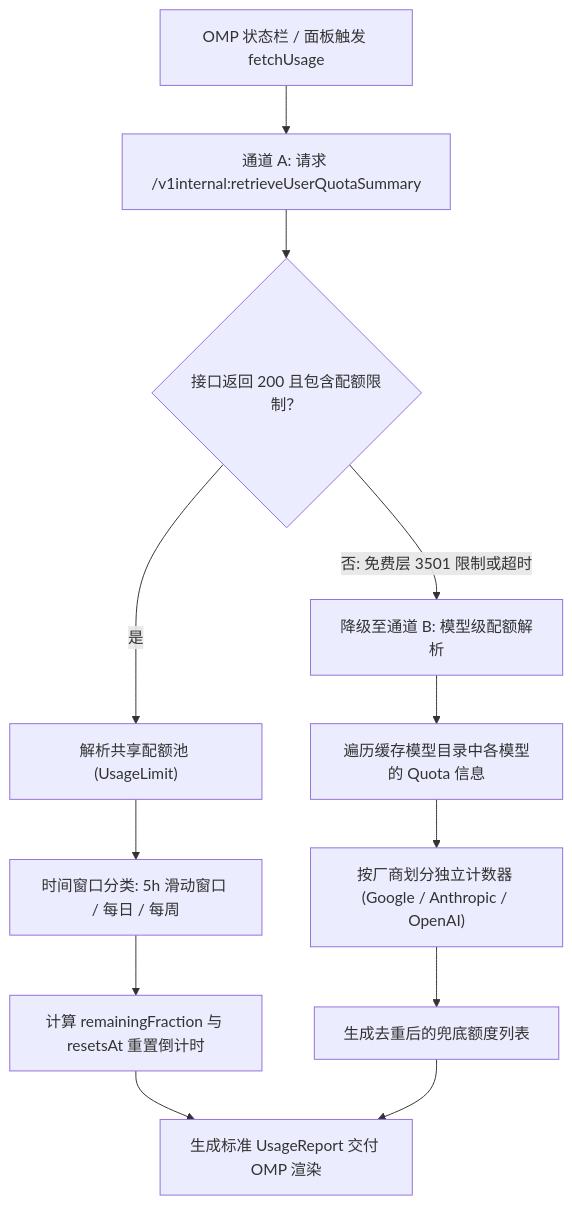
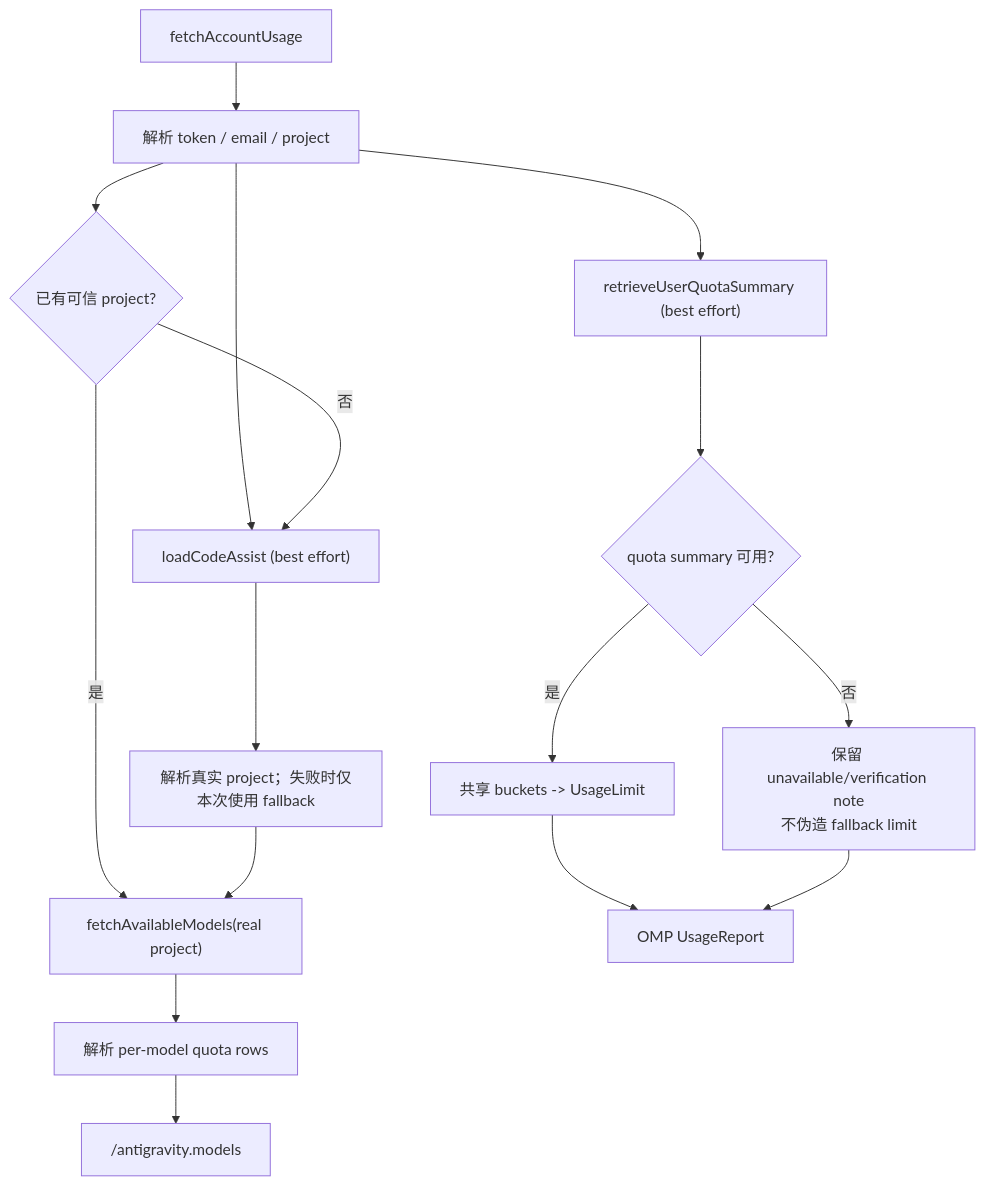
The fifth of 6 diagrams in README.md (oscs1024-pixel/omp-antigravity), drawn with Mermaid before and after one commit. The commit also changed other lines of this file, not shown here.

````diff
--- a/README.md
+++ b/README.md
@@ -324,17 +292,21 @@
 ```mermaid
 flowchart TD
-    Poll["OMP 状态栏 / 面板触发 fetchUsage"] --> ChannelA["通道 A: 请求 /v1internal:retrieveUserQuotaSummary"]
+    Start["fetchAccountUsage"] --> Cred["解析 token / email / project"]
+    Cred --> Assist["loadCodeAssist (best effort)"]
+    Cred --> Summary["retrieveUserQuotaSummary (best effort)"]
 
-    ChannelA --> CheckSuccess{"接口返回 200 且包含配额限制？"}
+    Cred --> HasProject{"已有可信 project?"}
+    HasProject -- 是 --> Models["fetchAvailableModels(real project)"]
+    HasProject -- 否 --> Assist
+    Assist --> Resolve["解析真实 project；失败时仅本次使用 fallback"]
+    Resolve --> Models
 
-    CheckSuccess -- 是 --> ParsePools["解析共享配额池 (UsageLimit)"]
-    ParsePools --> ClassifyWindows["时间窗口分类: 5h 滑动窗口 / 每日 / 每周"]
-    ClassifyWindows --> CalcRemaining["计算 remainingFraction 与 resetsAt 重置倒计时"]
-    CalcRemaining --> ReturnReport["生成标准 UsageReport 交付 OMP 渲染"]
+    Summary --> ParseSummary{"quota summary 可用?"}
+    ParseSummary -- 是 --> Buckets["共享 buckets -> UsageLimit"]
+    ParseSummary -- 否 --> Note["保留 unavailable/verification note<br/>不伪造 fallback limit"]
 
-    CheckSuccess -- 否: 免费层 3501 限制或超时 --> ChannelB["降级至通道 B: 模型级配额解析"]
-    ChannelB --> ScanModels["遍历缓存模型目录中各模型的 Quota 信息"]
-    ScanModels --> GroupProviders["按厂商划分独立计数器 (Google / Anthropic / OpenAI)"]
-    GroupProviders --> AggregateFallback["生成去重后的兜底额度列表"]
-    AggregateFallback --> ReturnReport
+    Models --> Rows["解析 per-model quota rows"]
+    Rows --> ModelsCmd["/antigravity.models"]
+    Buckets --> Native["OMP UsageReport"]
+    Note --> Native
 ```
````
